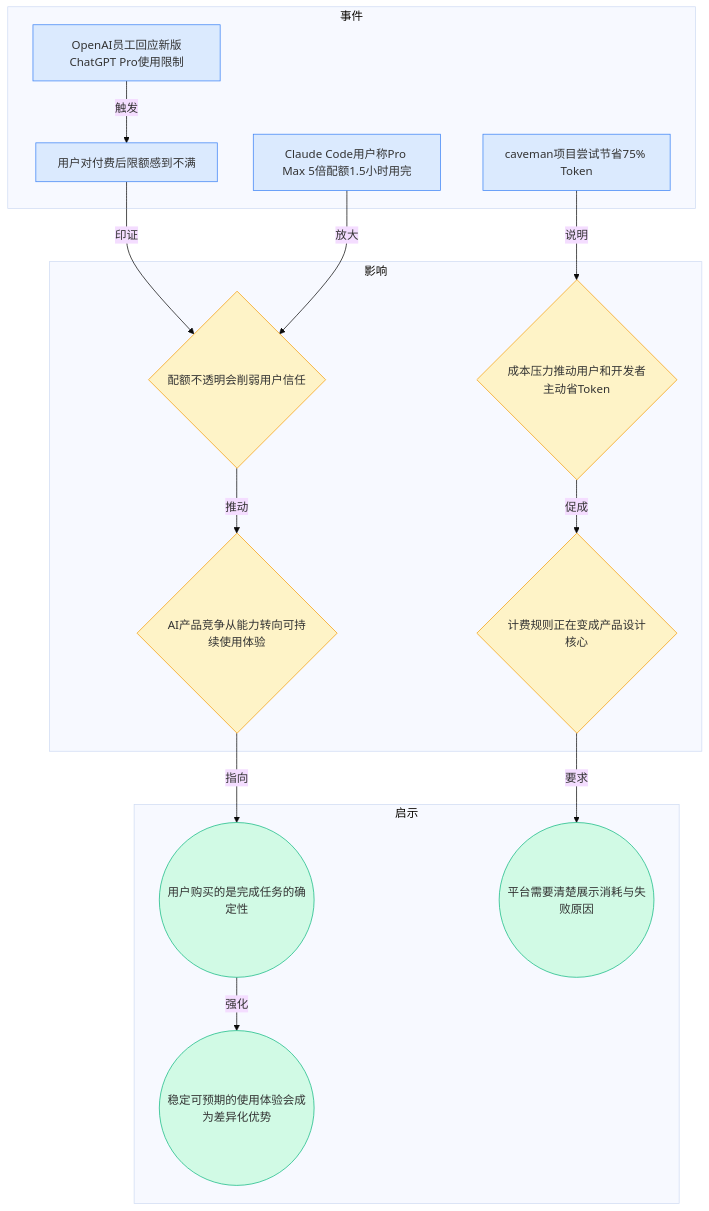
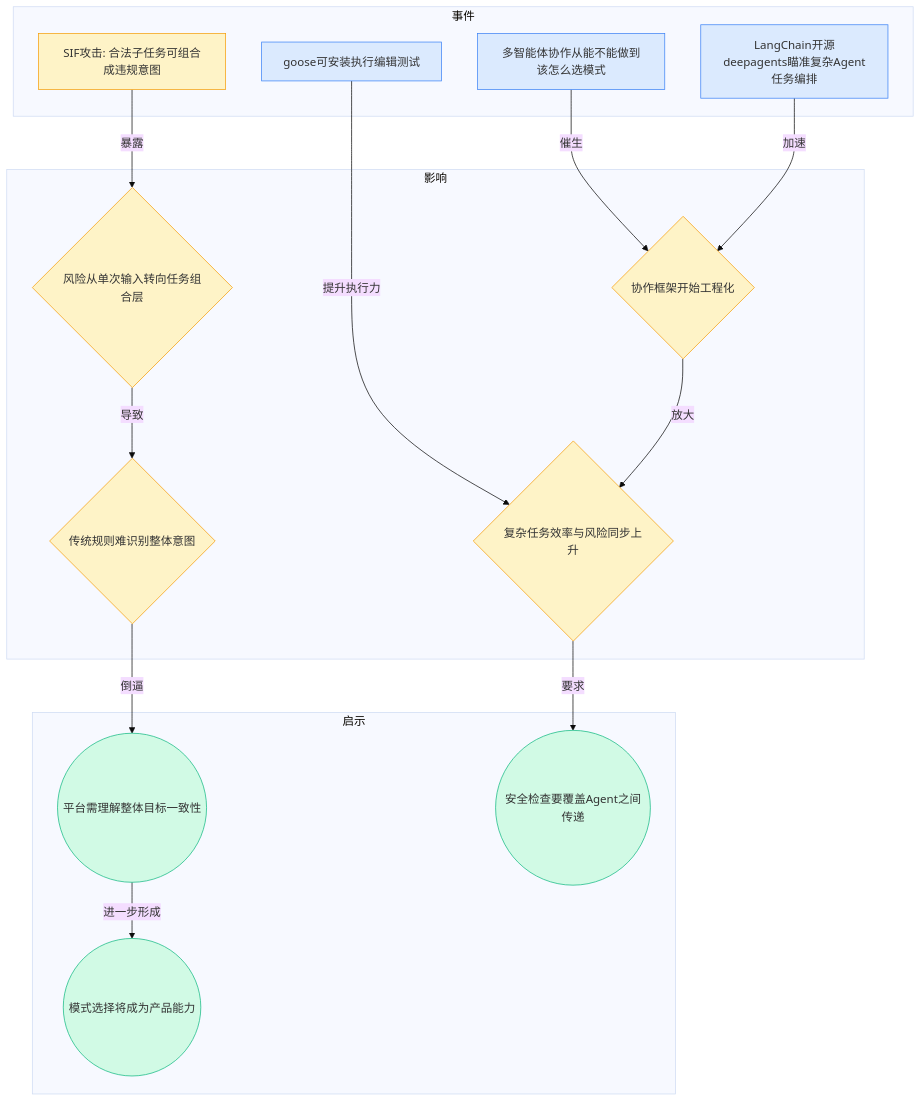
One commit to ylzsdafei/ai-daily-site changed the fourth of 8 diagrams in content/cn/blog/weekly/2026-W16.md. Above: the diagram before and after it, drawn with Mermaid (base theme). The commit also changed other lines of this file and 1 other file, not shown here.

Commit message:
feat: 宏观趋势加详细图谱折叠

````diff
--- a/content/cn/blog/weekly/2026-W16.md
+++ b/content/cn/blog/weekly/2026-W16.md
@@ -98,35 +94,35 @@
 ```mermaid
 graph TD
 subgraph 事件
-A[OpenAI员工回应新版ChatGPT Pro使用限制]
-B[用户对付费后限额感到不满]
-C[Claude Code用户称Pro Max 5倍配额1.5小时用完]
-D[caveman项目尝试节省75% Token]
+E1[多智能体协作从能不能做到该怎么选模式]
+E2[LangChain开源deepagents瞄准复杂Agent任务编排]
+E3[SIF攻击: 合法子任务可组合成违规意图]
+E4[goose可安装执行编辑测试]
 end
 subgraph 影响
-E{AI产品竞争从能力转向可持续使用体验}
-F{配额不透明会削弱用户信任}
-G{成本压力推动用户和开发者主动省Token}
-H{计费规则正在变成产品设计核心}
+I1{协作框架开始工程化}
+I2{风险从单次输入转向任务组合层}
+I3{传统规则难识别整体意图}
+I4{复杂任务效率与风险同步上升}
 end
 subgraph 启示
-I((用户购买的是完成任务的确定性))
-J((平台需要清楚展示消耗与失败原因))
-K((稳定可预期的使用体验会成为差异化优势))
+T1((平台需理解整体目标一致性))
+T2((安全检查要覆盖Agent之间传递))
+T3((模式选择将成为产品能力))
 end
-A -->|触发| B
-B -->|印证| F
-C -->|放大| F
-D -->|说明| G
-F -->|推动| E
-G -->|促成| H
-E -->|指向| I
-H -->|要求| J
-I -->|强化| K
+E1 -->|催生| I1
+E2 -->|加速| I1
+E3 -->|暴露| I2
+I2 -->|导致| I3
+E4 -->|提升执行力| I4
+I1 -->|放大| I4
+I3 -->|倒逼| T1
+I4 -->|要求| T2
+T1 -->|进一步形成| T3
 classDef blue fill:#dbeafe,stroke:#3b82f6
 classDef yellow fill:#fef3c7,stroke:#f59e0b
 classDef green fill:#d1fae5,stroke:#10b981
-class A,B,C,D blue
-class E,F,G,H yellow
-class I,J,K green
+class E1,E2,E4 blue
+class E3,I1,I2,I3,I4 yellow
+class T1,T2,T3 green
 ```
````
